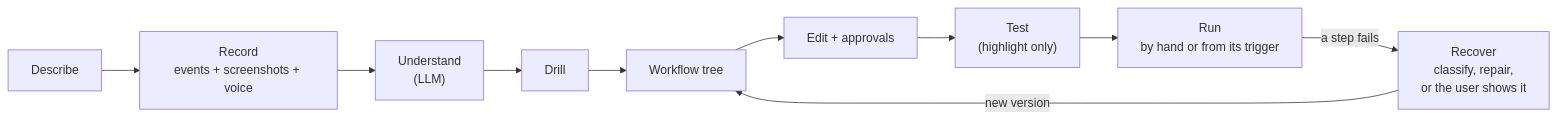
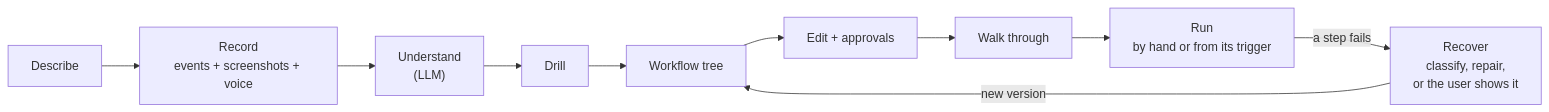
Before and after one commit to Akshat-Soni02/nxn-global-ai-hackathon-personal-agent: the diagram in readme.md, drawn with Mermaid. The commit also changed other lines of this file and 7 other files, not shown here.

First line of the commit message:
docs: design.md folds, the readme installs from the dmg, diagrams redrawn for sprint 4

````diff
--- a/readme.md
+++ b/readme.md
@@ -25,12 +38,12 @@
 ```mermaid
 flowchart LR
   D["Describe"] --> R["Record<br/>events + screenshots + voice"]
   R --> U["Understand<br/>(LLM)"]
   U --> Q["Drill"]
   Q --> T["Workflow tree"]
   T --> E["Edit + approvals"]
-  E --> H["Test<br/>(highlight only)"]
+  E --> H["Walk through"]
   H --> P["Run<br/>by hand or from its trigger"]
   P -- "a step fails" --> G["Recover<br/>classify, repair,<br/>or the user shows it"]
   G -- "new version" --> T
 ```
````
